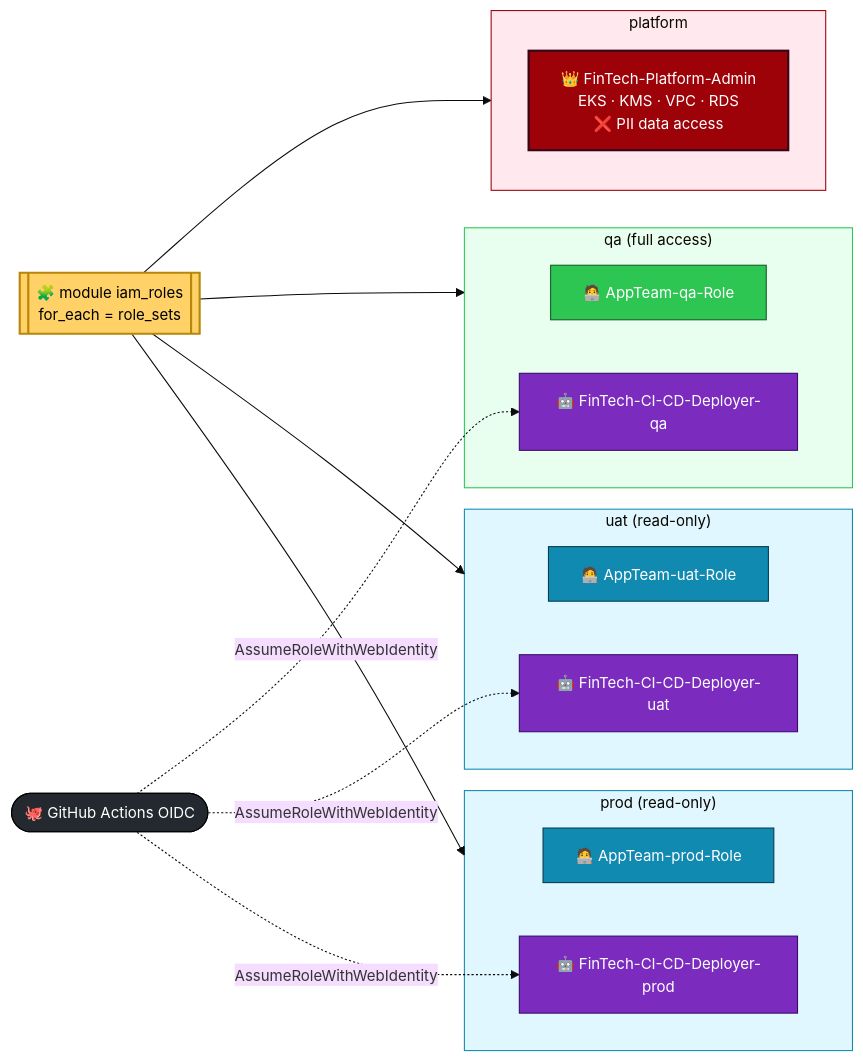
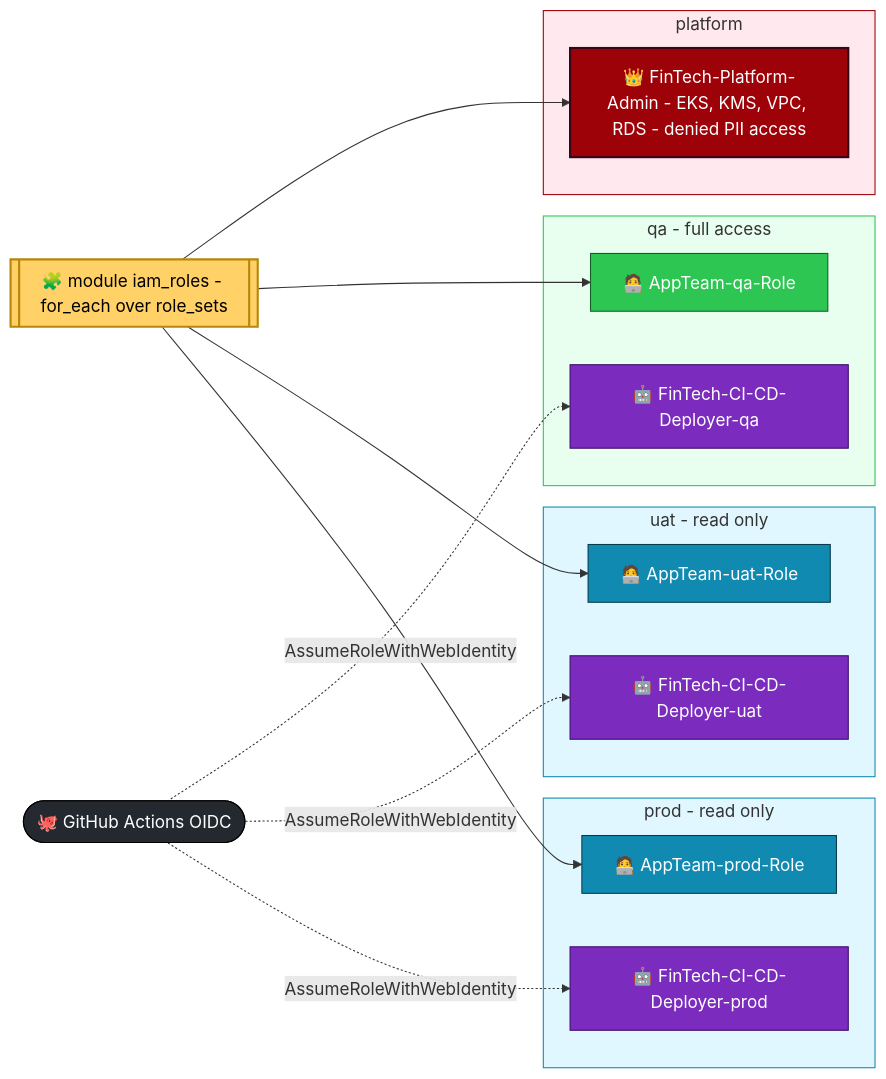
The ninth of 12 diagrams in Terraform-FinTech-Infra/README.md (muntaha747/FinTech-Enterprise-Project), drawn with Mermaid before and after one commit. The commit also changed other lines of this file and 1 other file, not shown here.

Commit message:
Fix README Mermaid diagrams, add interview notes; drop duplicate root EKS access entry [skip CI]

````diff
--- a/Terraform-FinTech-Infra/README.md
+++ b/Terraform-FinTech-Infra/README.md
@@ -328,35 +363,41 @@
 ```mermaid
-%%{init: {'theme':'base','themeVariables':{'fontSize':'14px'}}}%%
 flowchart LR
-    TF[[🧩 module iam_roles<br/>for_each = role_sets]]:::mod
+    TF[["🧩 module iam_roles - for_each over role_sets"]]:::mod
 
     subgraph PLAT["platform"]
-        P1[👑 FinTech-Platform-Admin<br/>EKS · KMS · VPC · RDS<br/>❌ PII data access]:::admin
+        P1["👑 FinTech-Platform-Admin - EKS, KMS, VPC, RDS - denied PII access"]:::admin
     end
-    subgraph QA["qa (full access)"]
-        Q1[🧑‍💻 AppTeam-qa-Role]:::full
-        Q2[🤖 FinTech-CI-CD-Deployer-qa]:::bot
+    subgraph QA["qa - full access"]
+        Q1["🧑‍💻 AppTeam-qa-Role"]:::full
+        Q2["🤖 FinTech-CI-CD-Deployer-qa"]:::bot
     end
-    subgraph UAT["uat (read-only)"]
-        U1[🧑‍💻 AppTeam-uat-Role]:::ro
-        U2[🤖 FinTech-CI-CD-Deployer-uat]:::bot
+    subgraph UAT["uat - read only"]
+        U1["🧑‍💻 AppTeam-uat-Role"]:::ro
+        U2["🤖 FinTech-CI-CD-Deployer-uat"]:::bot
     end
-    subgraph PROD["prod (read-only)"]
-        R1[🧑‍💻 AppTeam-prod-Role]:::ro
-        R2[🤖 FinTech-CI-CD-Deployer-prod]:::bot
+    subgraph PROD["prod - read only"]
+        R1["🧑‍💻 AppTeam-prod-Role"]:::ro
+        R2["🤖 FinTech-CI-CD-Deployer-prod"]:::bot
     end
 
-    TF --> PLAT & QA & UAT & PROD
-    GH([🐙 GitHub Actions OIDC]):::gh -. AssumeRoleWithWebIdentity .-> Q2 & U2 & R2
+    GH(["🐙 GitHub Actions OIDC"]):::gh
+
+    TF --> P1
+    TF --> Q1
+    TF --> U1
+    TF --> R1
+    GH -.->|"AssumeRoleWithWebIdentity"| Q2
+    GH -.->|"AssumeRoleWithWebIdentity"| U2
+    GH -.->|"AssumeRoleWithWebIdentity"| R2
 
     classDef mod   fill:#FFD166,stroke:#B8860B,color:#000,stroke-width:2px
     classDef admin fill:#9D0208,stroke:#370617,color:#fff,stroke-width:2px
     classDef full  fill:#2DC653,stroke:#155D27,color:#fff
     classDef ro    fill:#118AB2,stroke:#073B4C,color:#fff
     classDef bot   fill:#7B2CBF,stroke:#3C096C,color:#fff
     classDef gh    fill:#24292F,stroke:#000,color:#fff
     style PLAT fill:#FFE8EE,stroke:#9D0208
     style QA   fill:#E8FFEF,stroke:#2DC653
     style UAT  fill:#E0F7FF,stroke:#118AB2
     style PROD fill:#E0F7FF,stroke:#118AB2
 ```
````
